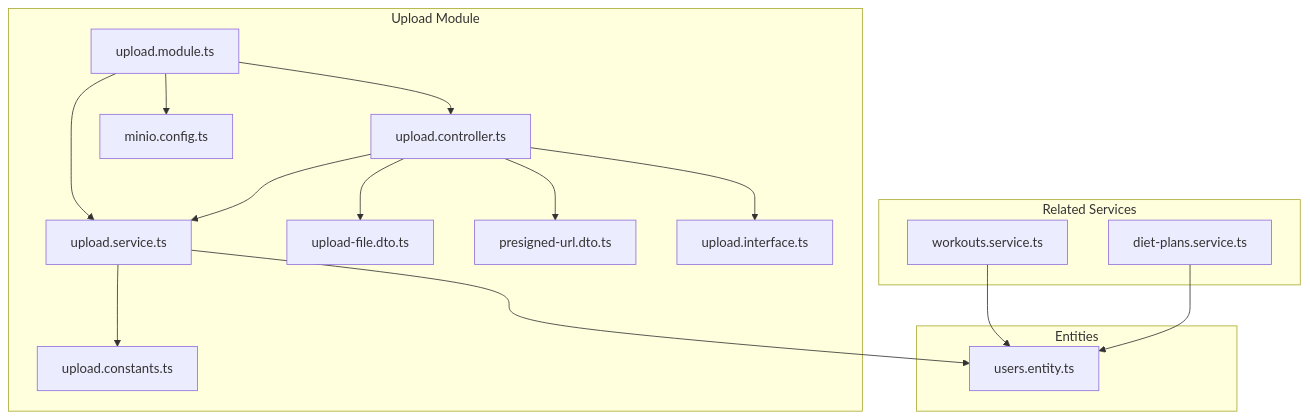
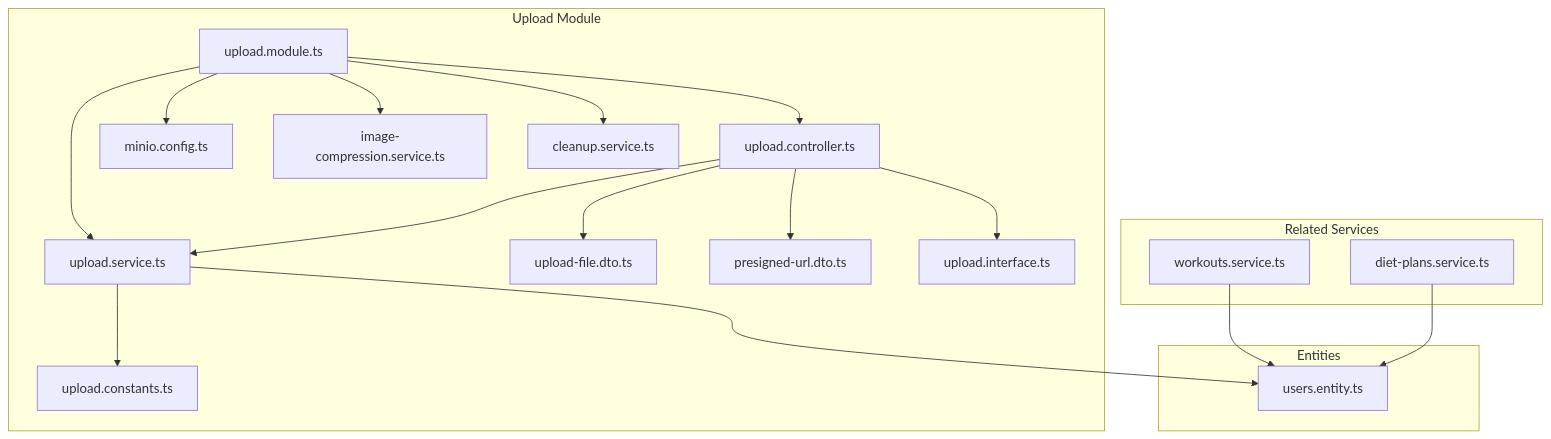
Before and after one commit to macintoshUserchg/nest_js_gym_backend_current: the first of 5 diagrams in .qoder/repowiki/en/content/Core Modules & Features/File Management & Upload.md, drawn with Mermaid. The commit also changed other lines of this file and 6 other files, not shown here.

First line of the commit message:
docs(upload): enhance MinIO integration with env config, image compression, and cleanup

````diff
--- a/.qoder/repowiki/en/content/Core Modules & Features/File Management & Upload.md
+++ b/.qoder/repowiki/en/content/Core Modules & Features/File Management & Upload.md
@@ -36,31 +45,35 @@
 ```mermaid
 graph TB
 subgraph "Upload Module"
 UM["upload.module.ts"]
 UC["upload.controller.ts"]
 US["upload.service.ts"]
 UCFG["minio.config.ts"]
 UCONST["upload.constants.ts"]
 UD1["upload-file.dto.ts"]
 UD2["presigned-url.dto.ts"]
 UI["upload.interface.ts"]
+IC["image-compression.service.ts"]
+CS["cleanup.service.ts"]
 end
 subgraph "Entities"
 UE["users.entity.ts"]
 end
 subgraph "Related Services"
 WS["workouts.service.ts"]
 DS["diet-plans.service.ts"]
 end
 UM --> UC
 UM --> US
 UM --> UCFG
+UM --> IC
+UM --> CS
 UC --> US
 US --> UCONST
 UC --> UD1
 UC --> UD2
 UC --> UI
 US --> UE
 WS --> UE
 DS --> UE
 ```
````
